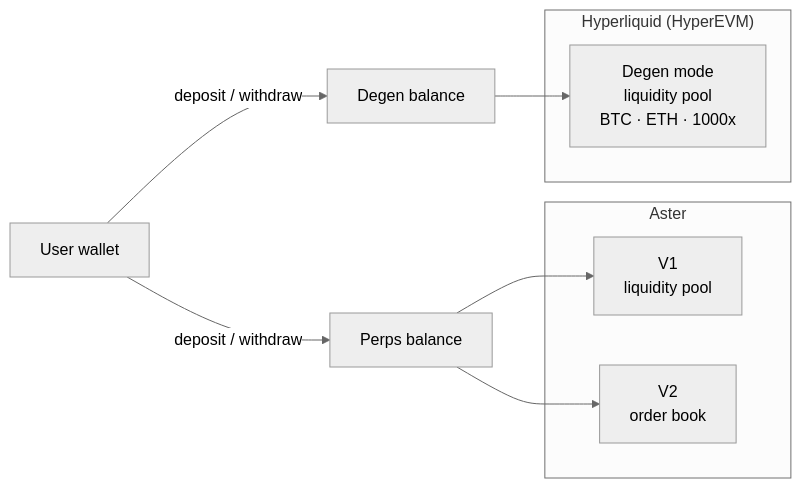
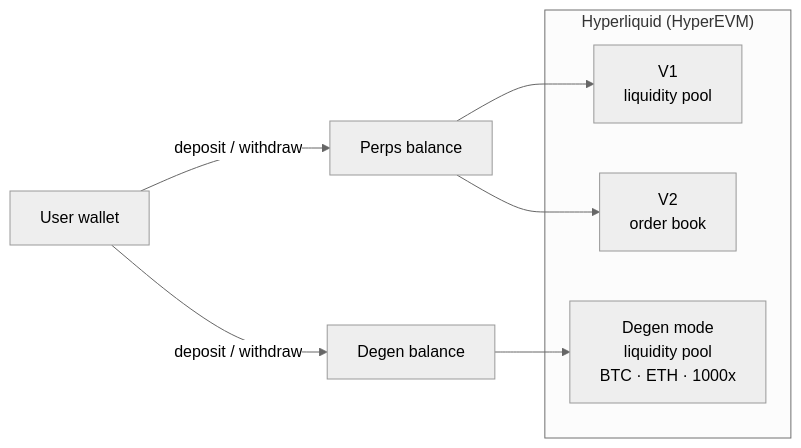
Before and after one commit to dyxy-io/perps: the diagram in README.md, drawn with Mermaid (neutral theme). The commit also changed other lines of this file and 3 other files, not shown here.

````diff
--- a/README.md
+++ b/README.md
@@ -35,18 +38,16 @@
 ```mermaid
 flowchart LR
     W["User wallet"]
     W -- deposit / withdraw --> PB["Perps balance"]
     W -- deposit / withdraw --> DB["Degen balance"]
 
-    subgraph ASTER["Aster"]
+    subgraph HL["Hyperliquid (HyperEVM)"]
         V1["V1<br/>liquidity pool"]
         V2["V2<br/>order book"]
-    end
-    subgraph HL["Hyperliquid (HyperEVM)"]
         DG["Degen mode<br/>liquidity pool<br/>BTC · ETH · 1000x"]
     end
 
     PB --> V1
     PB --> V2
     DB --> DG
 ```
````
